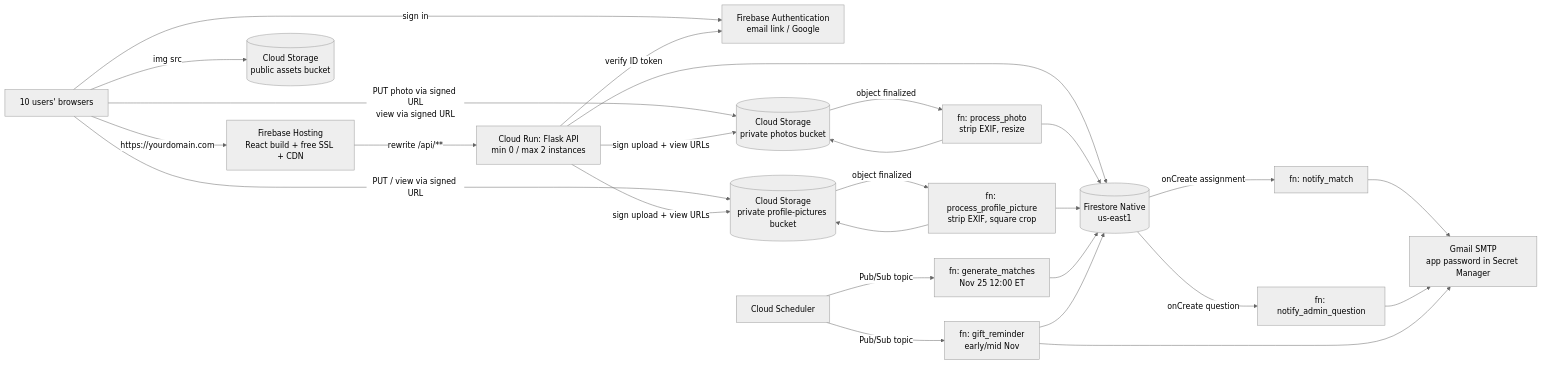
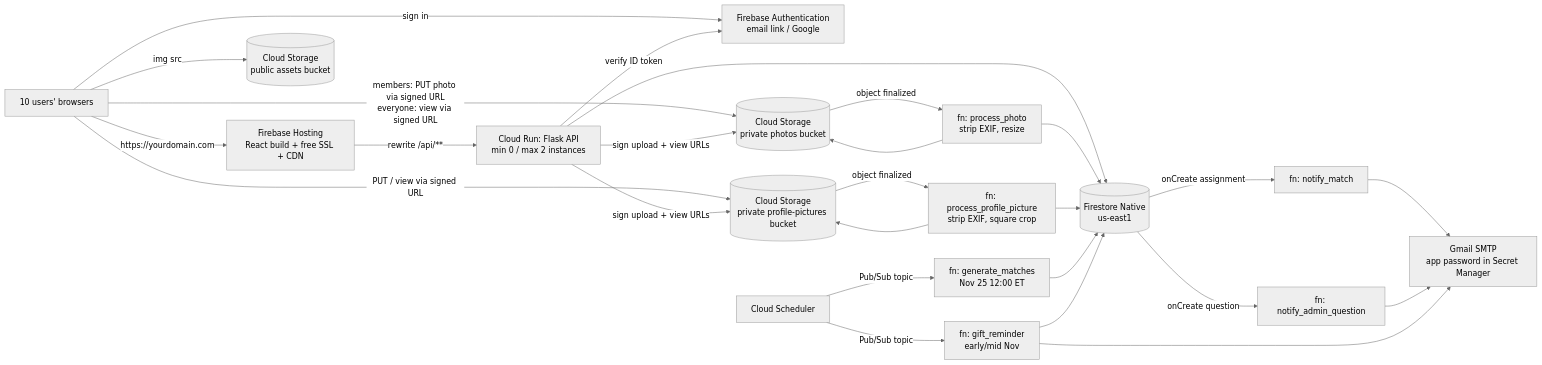
One commit to alexrogers823/SecretSanta changed the diagram in GCP_MIGRATION_PLAN.md. Above: the diagram before and after it, drawn with Mermaid (neutral theme). The commit also changed other lines of this file, not shown here.

````diff
--- a/GCP_MIGRATION_PLAN.md
+++ b/GCP_MIGRATION_PLAN.md
@@ -39,26 +40,26 @@
 ```mermaid
 flowchart LR
     U[10 users' browsers] -->|https://yourdomain.com| FH[Firebase Hosting<br/>React build + free SSL + CDN]
     U -->|img src| GCS[(Cloud Storage<br/>public assets bucket)]
     U -->|sign in| FA[Firebase Authentication<br/>email link / Google]
-    U -->|PUT photo via signed URL<br/>view via signed URL| PB[(Cloud Storage<br/>private photos bucket)]
+    U -->|members: PUT photo via signed URL<br/>everyone: view via signed URL| PB[(Cloud Storage<br/>private photos bucket)]
     U -->|PUT / view via signed URL| PP[(Cloud Storage<br/>private profile-pictures bucket)]
     FH -->|rewrite /api/**| CR[Cloud Run: Flask API<br/>min 0 / max 2 instances]
     CR -->|verify ID token| FA
     CR --> FS[(Firestore Native<br/>us-east1)]
     CR -->|sign upload + view URLs| PB
     CR -->|sign upload + view URLs| PP
     PB -->|object finalized| F6[fn: process_photo<br/>strip EXIF, resize]
     F6 --> PB
     F6 --> FS
     PP -->|object finalized| F7[fn: process_profile_picture<br/>strip EXIF, square crop]
     F7 --> PP
     F7 --> FS
     CS[Cloud Scheduler] -->|Pub/Sub topic| F1[fn: generate_matches<br/>Nov 25 12:00 ET]
     CS -->|Pub/Sub topic| F4[fn: gift_reminder<br/>early/mid Nov]
     F1 --> FS
     FS -->|onCreate assignment| F2[fn: notify_match]
     FS -->|onCreate question| F3[fn: notify_admin_question]
     F4 --> FS
     F2 & F3 & F4 --> SMTP[Gmail SMTP<br/>app password in Secret Manager]
 ```
````
